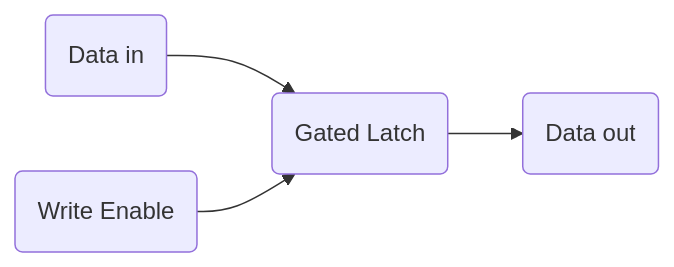
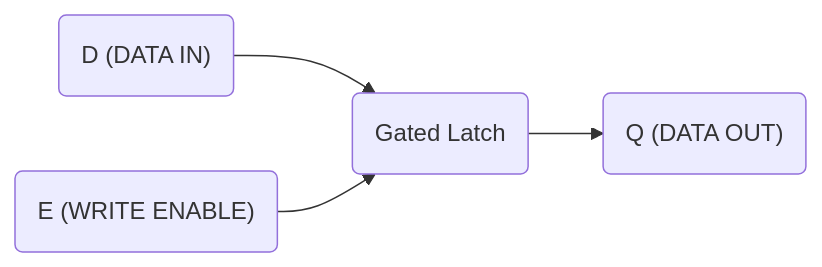
The first of 4 diagrams in PC.md (a4lamber/SQL), drawn with Mermaid before and after one commit. The commit also changed other lines of this file, not shown here.

````diff
--- a/PC.md
+++ b/PC.md
@@ -106,10 +122,10 @@
 ```mermaid
 flowchart LR
-    block0("Data in")
-    block1("Write Enable")
+    block0("D (DATA IN)")
+    block1("E (WRITE ENABLE)")
     block2("Gated Latch")
-    block3("Data out")
+    block3("Q (DATA OUT)")
     block0 --> block2
     block1 --> block2
     block2 --> block3
 ```
````
